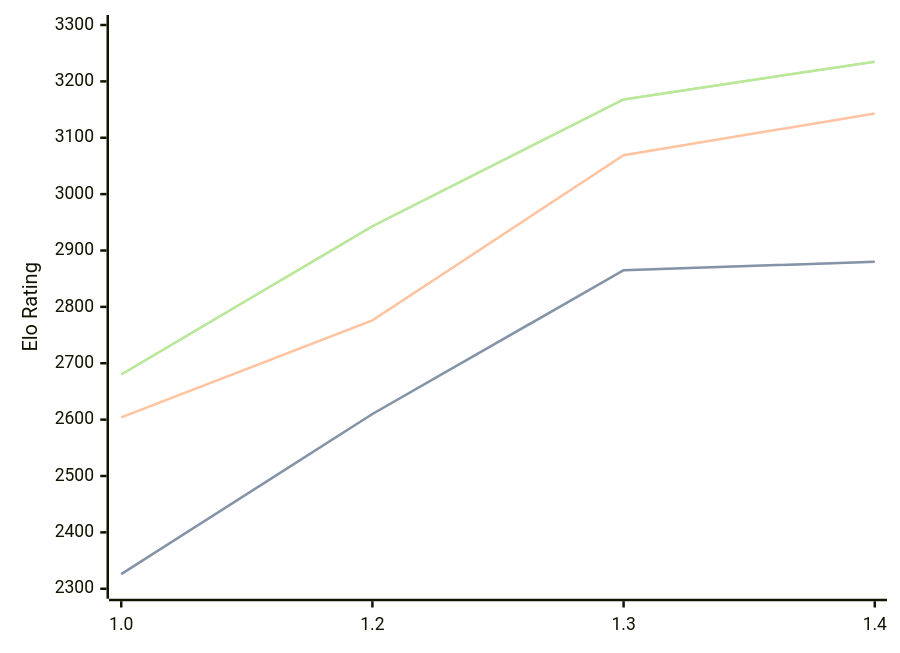
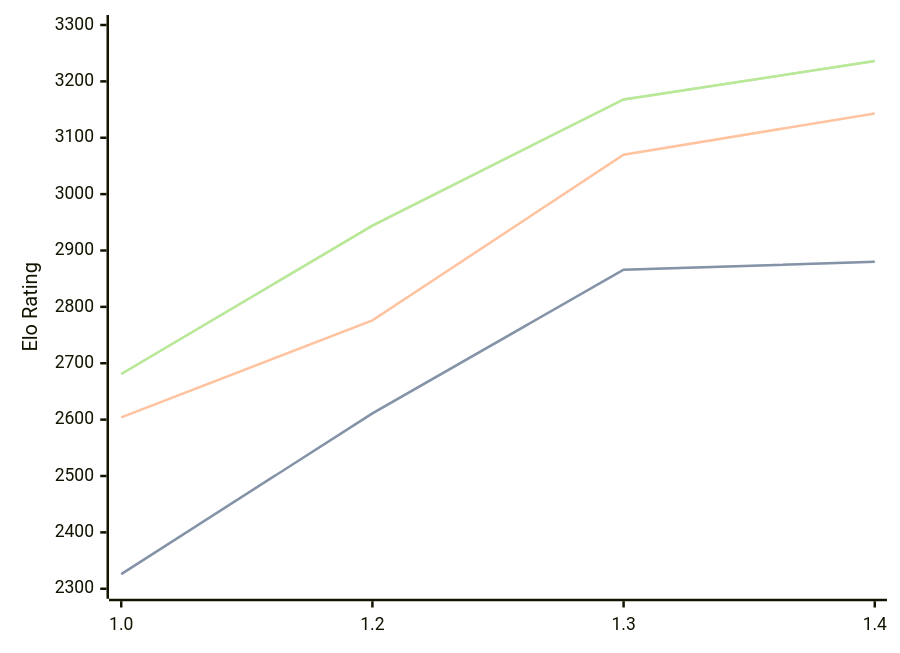
One commit to computer-chess-index/cci changed the diagram in engines/Chessnix.md. Above: the diagram before and after it, drawn with Mermaid. The commit also changed other lines of this file, not shown here.

Commit message:
Update CCI Ratings (ELO VLTC) - 2026-09-16

````diff
--- a/engines/Chessnix.md
+++ b/engines/Chessnix.md
@@ -34,11 +34,11 @@
 ```mermaid
 %%{init: {"theme":"base","themeVariables":{"seriesColors:['#a3a3a3','#222221','#faa371']}}}%%
 xychart-beta
   x-axis ["1.0", "1.2", "1.3", "1.4"]
   y-axis "Elo Rating" 2300 --> 3300
-  line "" [2326, 2610, 2865, 2880]
-  line "STC (8.0+0.08s)" [2326, 2610, 2865, 2880]
-  line "LTC (60.0+0.60s)" [2604, 2776, 3069, 3143]
-  line "" [2680, 2943, 3168, 3235]
-  line "VLTC (2m24s+1.12s)" [2680, 2943, 3168, 3235]
+  line "" [2326, 2611, 2866, 2880]
+  line "STC (8.0+0.08s)" [2326, 2611, 2866, 2880]
+  line "LTC (60.0+0.60s)" [2604, 2776, 3070, 3143]
+  line "" [2681, 2944, 3168, 3236]
+  line "VLTC (2m24s+1.12s)" [2681, 2944, 3168, 3236]
 ```
````
